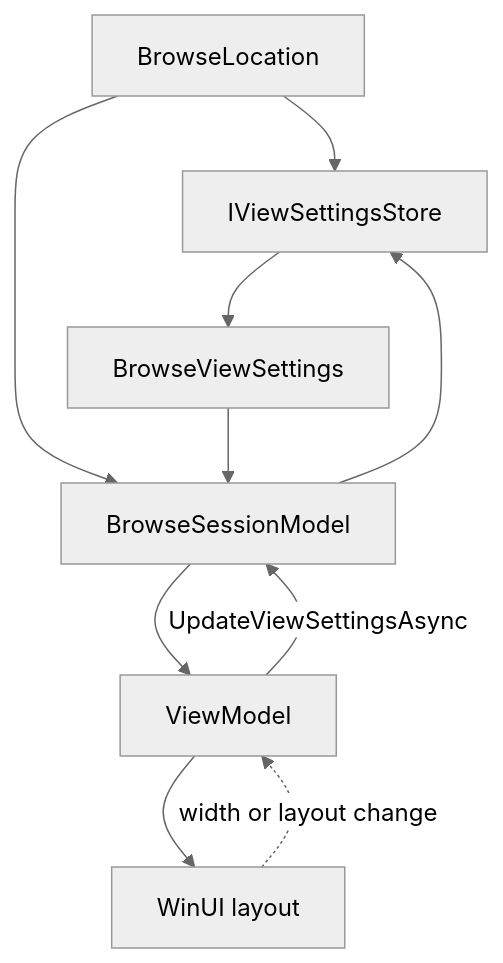
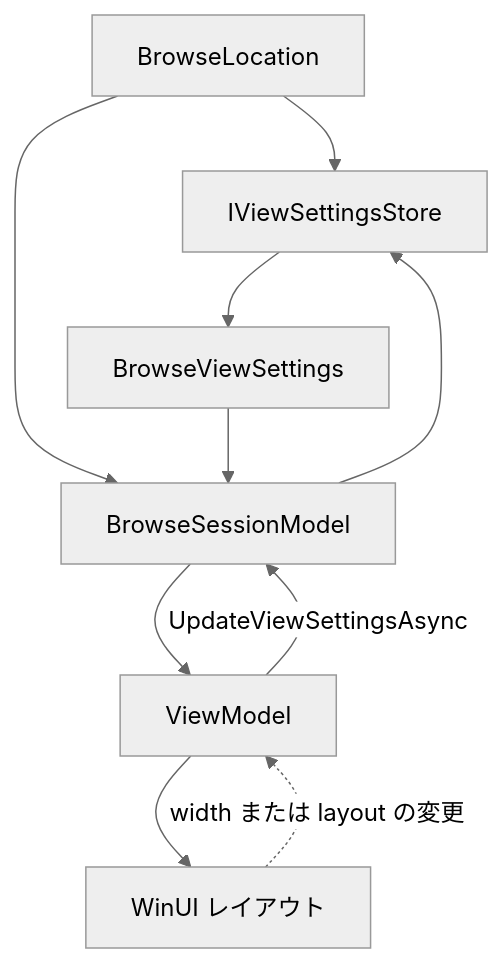
One commit to 0x5bfa/Files changed the first of 3 diagrams in docs/architecture/view-settings.md. Above: the diagram before and after it, drawn with Mermaid (neutral theme). The commit also changed other lines of this file and 18 other files, not shown here.

Commit message:
Translate architecture docs to Japanese

````diff
--- a/docs/architecture/view-settings.md
+++ b/docs/architecture/view-settings.md
@@ -8,19 +8,19 @@
 ```mermaid
 flowchart TD
     Location["BrowseLocation"]
     Store["IViewSettingsStore"]
     Session["BrowseSessionModel"]
     Settings["BrowseViewSettings"]
     VM["ViewModel"]
-    View["WinUI layout"]
+    View["WinUI レイアウト"]
 
     Location --> Store
     Store --> Settings
     Location --> Session
     Settings --> Session
     Session --> VM
     VM --> View
-    View -. width or layout change .-> VM
+    View -. width または layout の変更 .-> VM
     VM -->|UpdateViewSettingsAsync| Session
     Session --> Store
 ```
````
